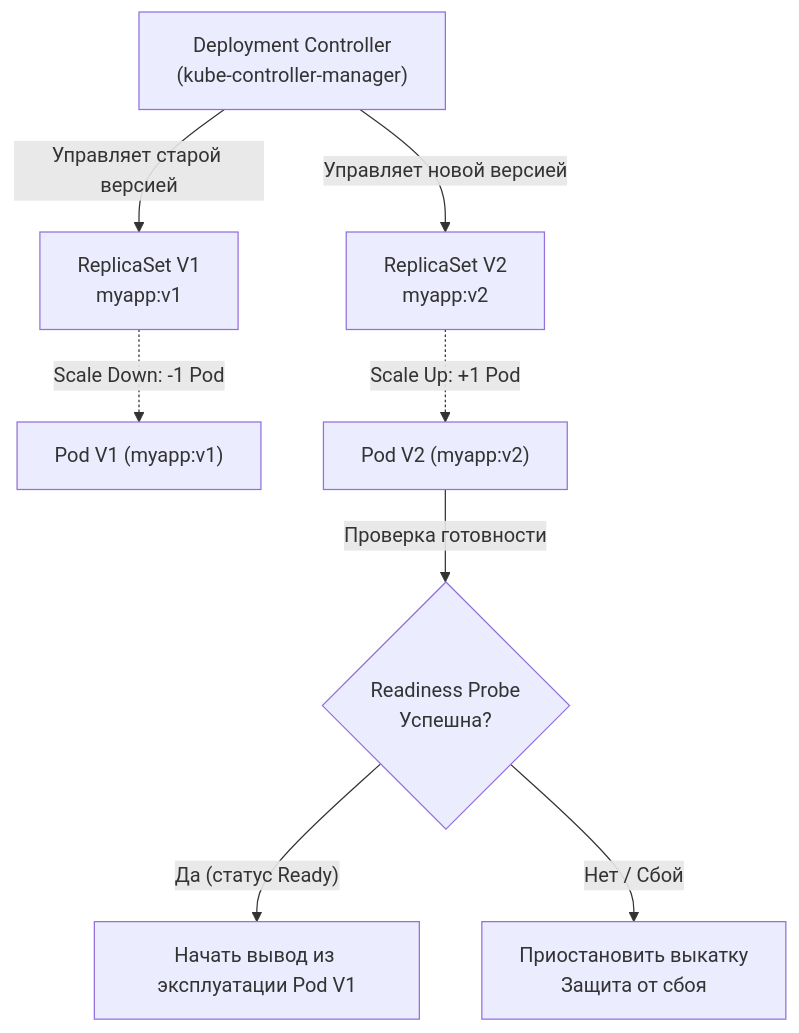
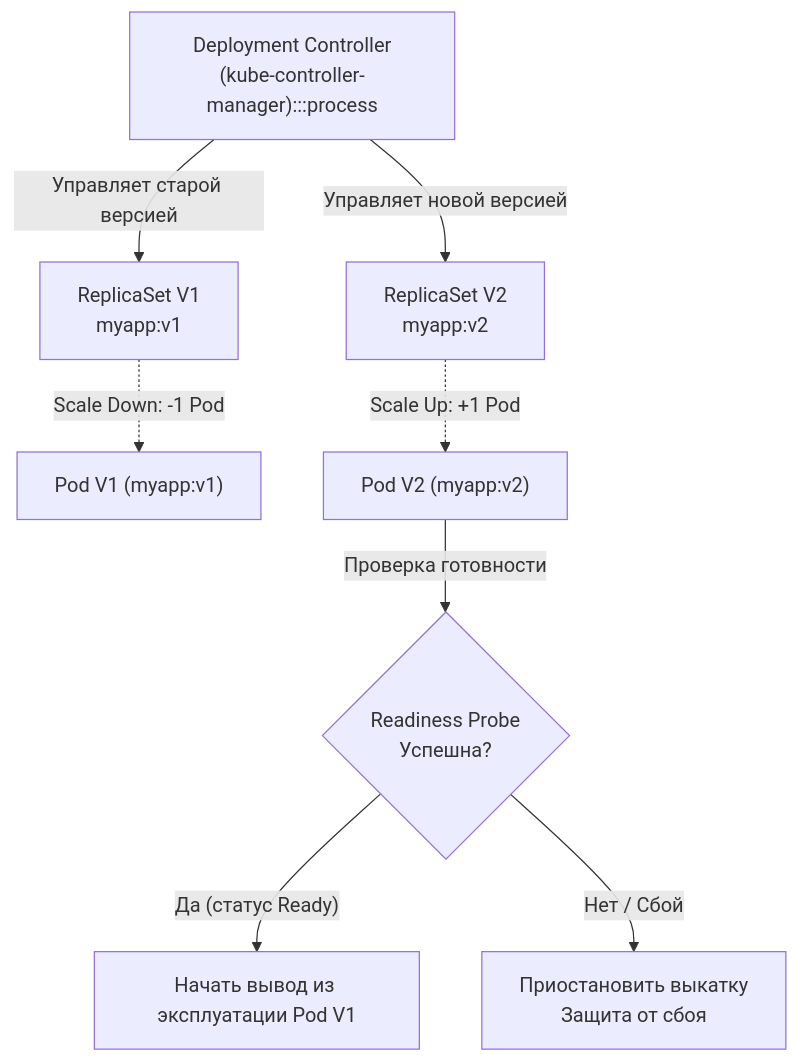
One commit to UnrealTemplier/go-textbook changed the second of 4 diagrams in sources/14. Распределенные системы на Go/07. Kubernetes и деплой/6. Rolling updates.md. Above: the diagram before and after it, drawn with Mermaid. The commit also changed other lines of this file and 1666 other files, not shown here.

First line of the commit message:
feat(mermaid): add semantic color classDef to 1369 colorless flowchart/graph diagrams

````diff
--- a/sources/14. Распределенные системы на Go/07. Kubernetes и деплой/6. Rolling updates.md
+++ b/sources/14. Распределенные системы на Go/07. Kubernetes и деплой/6. Rolling updates.md
@@ -43,12 +53,22 @@
 ```mermaid
 flowchart TD
-    D["Deployment Controller\n(kube-controller-manager)"] -->|"Управляет старой версией"| RS1["ReplicaSet V1\nmyapp:v1"]
+    classDef process  fill:#1e293b,stroke:#38bdf8,stroke-width:1px,color:#f8fafc
+    classDef success  fill:#064e3b,stroke:#34d399,stroke-width:1px,color:#f8fafc
+    classDef error    fill:#7f1d1d,stroke:#f87171,stroke-width:1px,color:#f8fafc
+    classDef warning  fill:#78350f,stroke:#fbbf24,stroke-width:1px,color:#f8fafc
+    classDef entry    fill:#1e3a5f,stroke:#38bdf8,stroke-width:2px,color:#f8fafc
+    classDef aux      fill:#334155,stroke:#64748b,stroke-width:1px,color:#f8fafc
+    classDef system   fill:#312e81,stroke:#a78bfa,stroke-width:1px,color:#f8fafc
+    classDef data     fill:#132d29,stroke:#2dd4bf,stroke-width:1px,color:#f8fafc
+    classDef network  fill:#881337,stroke:#fb7185,stroke-width:1px,color:#f8fafc
+    classDef accent   fill:#1e1b4b,stroke:#818cf8,stroke-width:1px,color:#f8fafc
+    D["Deployment Controller\n(kube-controller-manager):::process"] -->|"Управляет старой версией"| RS1["ReplicaSet V1\nmyapp:v1"]
     D -->|"Управляет новой версией"| RS2["ReplicaSet V2\nmyapp:v2"]
     
     RS1 -.->|"Scale Down: -1 Pod"| P1["Pod V1 (myapp:v1)"]
     RS2 -.->|"Scale Up: +1 Pod"| P2["Pod V2 (myapp:v2)"]
     
     P2 -->|"Проверка готовности"| Ready{"Readiness Probe\nУспешна?"}
     Ready -->|"Да (статус Ready)"| Drain["Начать вывод из эксплуатации Pod V1"]
     Ready -->|"Нет / Сбой"| Halt["Приостановить выкатку\nЗащита от сбоя"]
 ```
````
